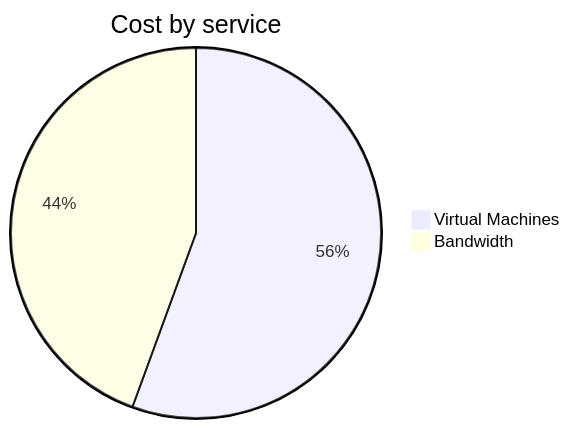
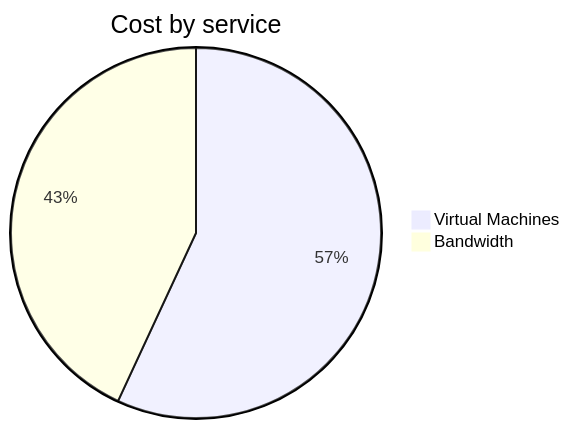
The second of 4 diagrams in cost-reports/personal-network/vpn-server.md (jpfulton/azure-personal-reports), drawn with Mermaid before and after one commit. The commit also changed other lines of this file and 8 other files, not shown here.

````diff
--- a/cost-reports/personal-network/vpn-server.md
+++ b/cost-reports/personal-network/vpn-server.md
@@ -96,6 +96,6 @@
 ```mermaid
 pie
    title Cost by service
-   "Virtual Machines" : 3.39
+   "Virtual Machines" : 3.58
    "Bandwidth" : 2.71
 ```
````
